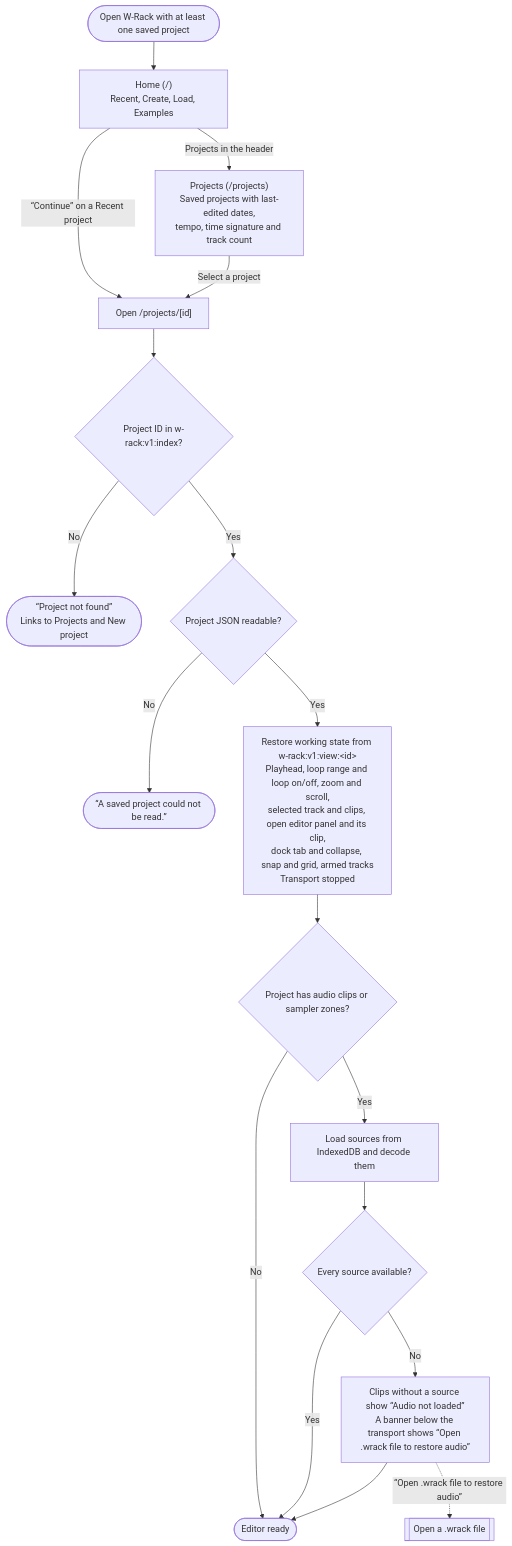
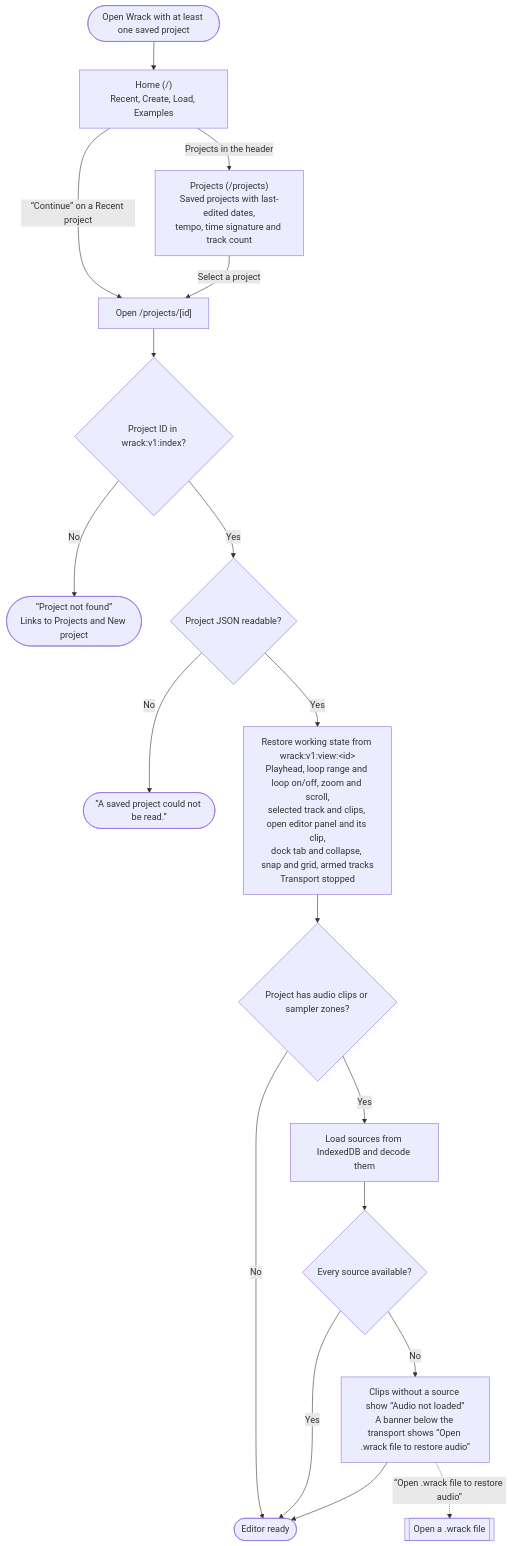
Before and after one commit to victor-almaraz/mpcs-51238-assignment-3: the third of 10 diagrams in README.md, drawn with Mermaid. The commit also changed other lines of this file and 58 other files, not shown here.

First line of the commit message:
chore: rename the app from W-Rack to Wrack

````diff
--- a/README.md
+++ b/README.md
@@ -62,20 +62,20 @@
 ```mermaid
 flowchart TD
-  rv_start(["Open W-Rack with at least one saved project"]) --> rv_home["Home (/)<br/>Recent, Create, Load, Examples"]
+  rv_start(["Open Wrack with at least one saved project"]) --> rv_home["Home (/)<br/>Recent, Create, Load, Examples"]
   rv_home -->|"“Continue” on a Recent project"| rv_route
   rv_home -->|"Projects in the header"| rv_list["Projects (/projects)<br/>Saved projects with last-edited dates,<br/>tempo, time signature and track count"]
   rv_list -->|"Select a project"| rv_route["Open /projects/[id]"]
-  rv_route --> rv_exists{"Project ID in w-rack:v1:index?"}
+  rv_route --> rv_exists{"Project ID in wrack:v1:index?"}
   rv_exists -->|"No"| rv_missing(["“Project not found”<br/>Links to Projects and New project"])
   rv_exists -->|"Yes"| rv_read{"Project JSON readable?"}
   rv_read -->|"No"| rv_bad(["“A saved project could not be read.”"])
-  rv_read -->|"Yes"| rv_view["Restore working state from w-rack:v1:view:#lt;id#gt;<br/>Playhead, loop range and loop on/off, zoom and scroll,<br/>selected track and clips, open editor panel and its clip,<br/>dock tab and collapse, snap and grid, armed tracks<br/>Transport stopped"]
+  rv_read -->|"Yes"| rv_view["Restore working state from wrack:v1:view:#lt;id#gt;<br/>Playhead, loop range and loop on/off, zoom and scroll,<br/>selected track and clips, open editor panel and its clip,<br/>dock tab and collapse, snap and grid, armed tracks<br/>Transport stopped"]
   rv_view --> rv_audio{"Project has audio clips or sampler zones?"}
   rv_audio -->|"No"| rv_ready(["Editor ready"])
   rv_audio -->|"Yes"| rv_decode["Load sources from IndexedDB and decode them"]
   rv_decode --> rv_all{"Every source available?"}
   rv_all -->|"Yes"| rv_ready
   rv_all -->|"No"| rv_notloaded["Clips without a source show “Audio not loaded”<br/>A banner below the transport shows “Open .wrack file to restore audio”"]
   rv_notloaded --> rv_ready
   rv_notloaded -.->|"“Open .wrack file to restore audio”"| rv_open[["Open a .wrack file"]]
 ```
````
